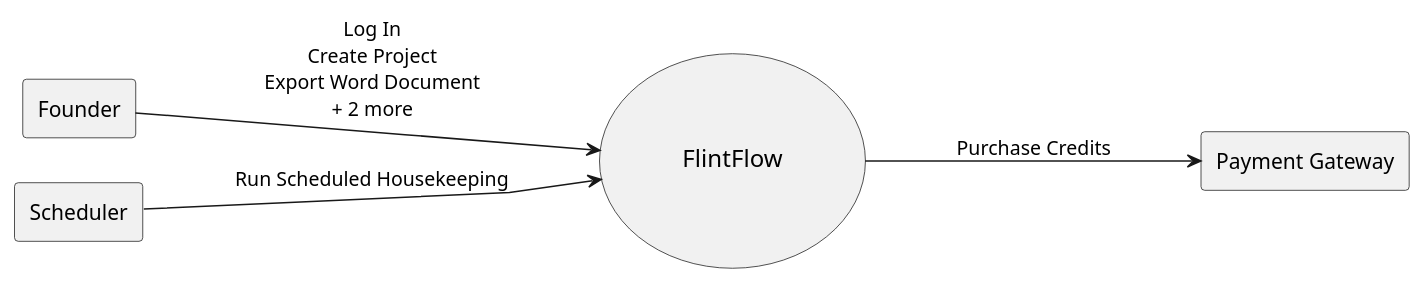
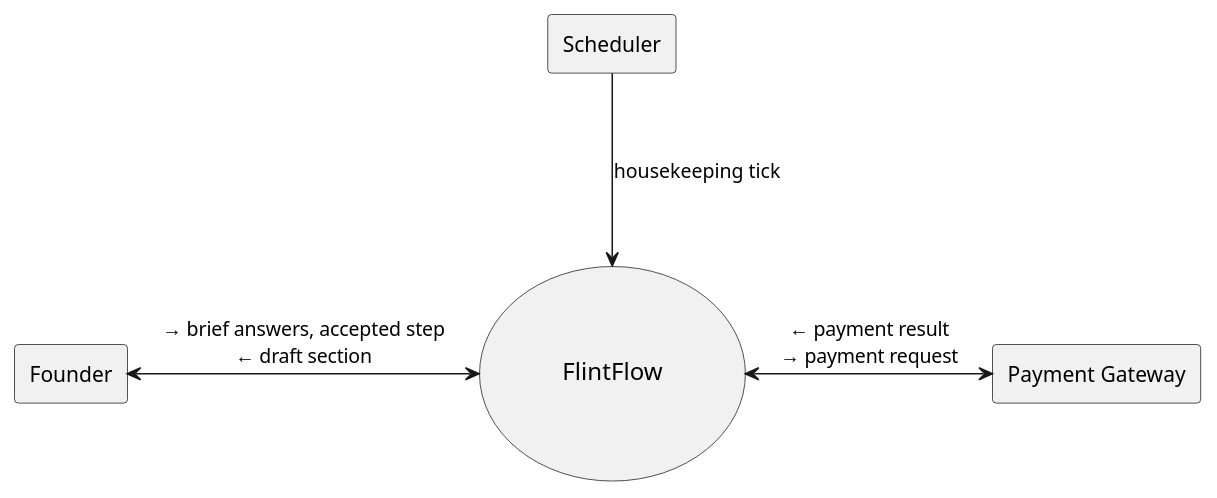
Before and after one commit to mit-suu/flintflow_be: the first of 5 diagrams in assets/skills/action/plantuml-conventions/references/kinds.md, drawn with PlantUML. The commit also changed other lines of this file and 13 other files, not shown here.

Commit message:
Enhance system context diagram: add flows_in and flows_out fields to actors, update rendering logic, and improve test cases

````diff
--- a/assets/skills/action/plantuml-conventions/references/kinds.md
+++ b/assets/skills/action/plantuml-conventions/references/kinds.md
@@ -7,18 +7,16 @@
 ```plantuml
 @startuml
 skinparam monochrome true
 skinparam shadowing false
-skinparam linetype polyline
-skinparam nodesep 30
-skinparam ranksep 120
+skinparam nodesep 45
+skinparam ranksep 110
 skinparam usecaseFontSize 16
-left to right direction
 usecase "\n\n   FlintFlow   \n\n" as SYSTEM_
 rectangle "Founder" as A01
 rectangle "Payment Gateway" as A05
 rectangle "Scheduler" as A09
-A01 --> SYSTEM_ : Log In\nCreate Project\nExport Word Document\n+ 2 more
-SYSTEM_ --> A05 : Purchase Credits
-A09 --> SYSTEM_ : Run Scheduled Housekeeping
+A01 <-right-> SYSTEM_ : → brief answers, accepted step\n← draft section
+A05 <-left-> SYSTEM_ : ← payment result\n→ payment request
+A09 -down-> SYSTEM_ : housekeeping tick
 @enduml
 ```
````
